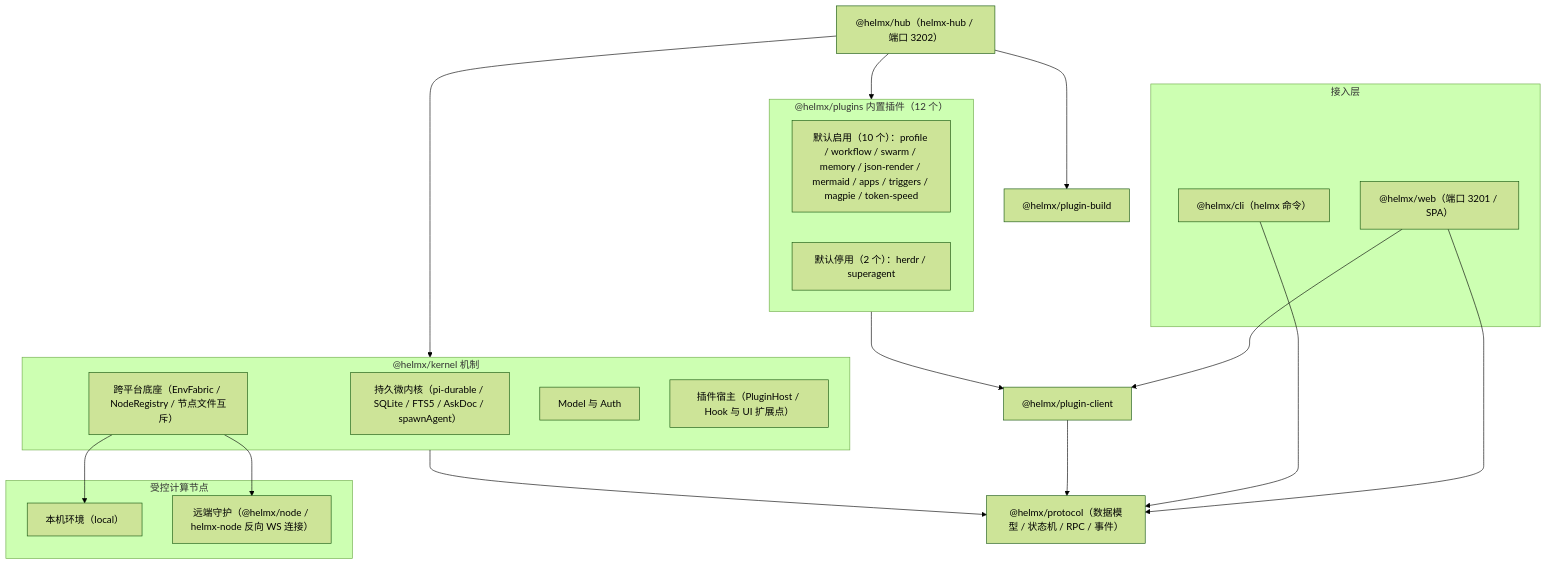
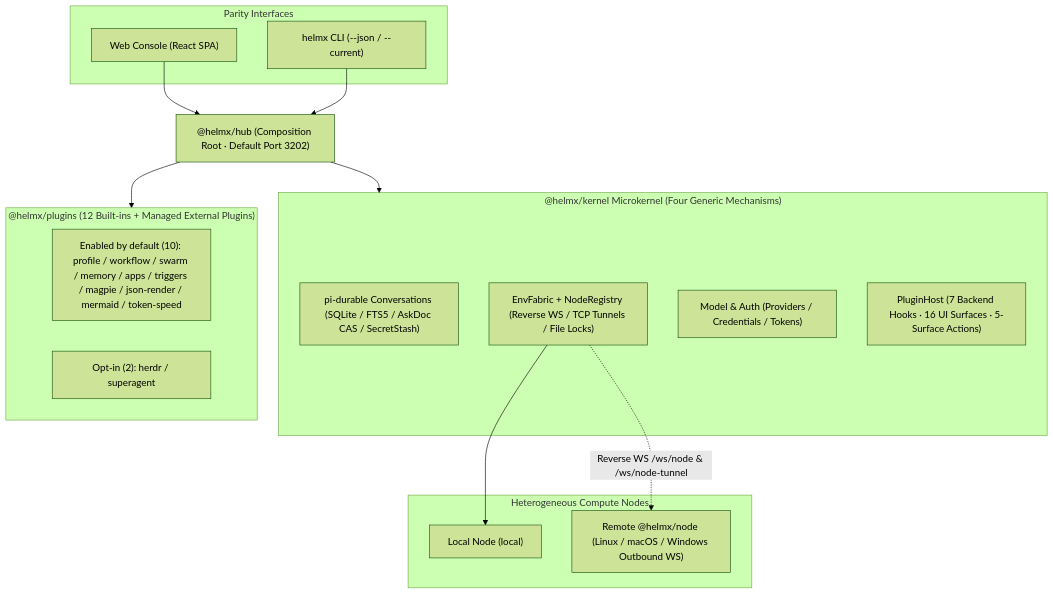
Before and after one commit to team4u/helm: the diagram in README.md, drawn with Mermaid (forest theme). The commit also changed other lines of this file and 9 other files, not shown here.

````diff
--- a/README.md
+++ b/README.md
@@ -30,41 +173,33 @@
 ```mermaid
 flowchart TD
-    subgraph Client["接入层"]
-        Web["@helmx/web（端口 3201 / SPA）"]
-        CLI["@helmx/cli（helmx 命令）"]
+    subgraph Client["Parity Interfaces"]
+        Web["Web Console (React SPA)"]
+        CLI["helmx CLI (--json / --current)"]
     end
 
-    Hub["@helmx/hub（helmx-hub / 端口 3202）"]
-    Build["@helmx/plugin-build"]
-    ClientSdk["@helmx/plugin-client"]
-    Prot["@helmx/protocol（数据模型 / 状态机 / RPC / 事件）"]
+    Hub["@helmx/hub (Composition Root · Default Port 3202)"]
 
-    subgraph Kernel["@helmx/kernel 机制"]
-        Durable["持久微内核（pi-durable / SQLite / FTS5 / AskDoc / spawnAgent）"]
-        Fabric["跨平台底座（EnvFabric / NodeRegistry / 节点文件互斥）"]
-        ModelAuth["Model 与 Auth"]
-        Host["插件宿主（PluginHost / Hook 与 UI 扩展点）"]
+    subgraph Kernel["@helmx/kernel Microkernel (Four Generic Mechanisms)"]
+        Durable["pi-durable Conversations (SQLite / FTS5 / AskDoc CAS / SecretStash)"]
+        Fabric["EnvFabric + NodeRegistry (Reverse WS / TCP Tunnels / File Locks)"]
+        ModelAuth["Model & Auth (Providers / Credentials / Tokens)"]
+        Host["PluginHost (7 Backend Hooks · 16 UI Surfaces · 5-Surface Actions)"]
     end
 
-    subgraph Nodes["受控计算节点"]
-        Local["本机环境（local）"]
-        Remote["远端守护（@helmx/node / helmx-node 反向 WS 连接）"]
+    subgraph Nodes["Heterogeneous Compute Nodes"]
+        Local["Local Node (local)"]
+        Remote["Remote @helmx/node (Linux / macOS / Windows Outbound WS)"]
     end
 
-    subgraph Plugins["@helmx/plugins 内置插件（12 个）"]
-        Enabled["默认启用（10 个）：profile / workflow / swarm / memory / json-render / mermaid / apps / triggers / magpie / token-speed"]
-        Disabled["默认停用（2 个）：herdr / superagent"]
+    subgraph Plugins["@helmx/plugins (12 Built-ins + Managed External Plugins)"]
+        Enabled["Enabled by default (10): profile / workflow / swarm / memory / apps / triggers / magpie / json-render / mermaid / token-speed"]
+        OptIn["Opt-in (2): herdr / superagent"]
     end
 
-    Web --> ClientSdk
-    Web --> Prot
-    CLI --> Prot
+    Web --> Hub
+    CLI --> Hub
     Hub --> Kernel
     Hub --> Plugins
-    Hub --> Build
-    Kernel --> Prot
-    Plugins --> ClientSdk
-    ClientSdk --> Prot
     Fabric --> Local
-    Fabric --> Remote
+    Fabric -.->|"Reverse WS /ws/node & /ws/node-tunnel"| Remote
 ```
````
